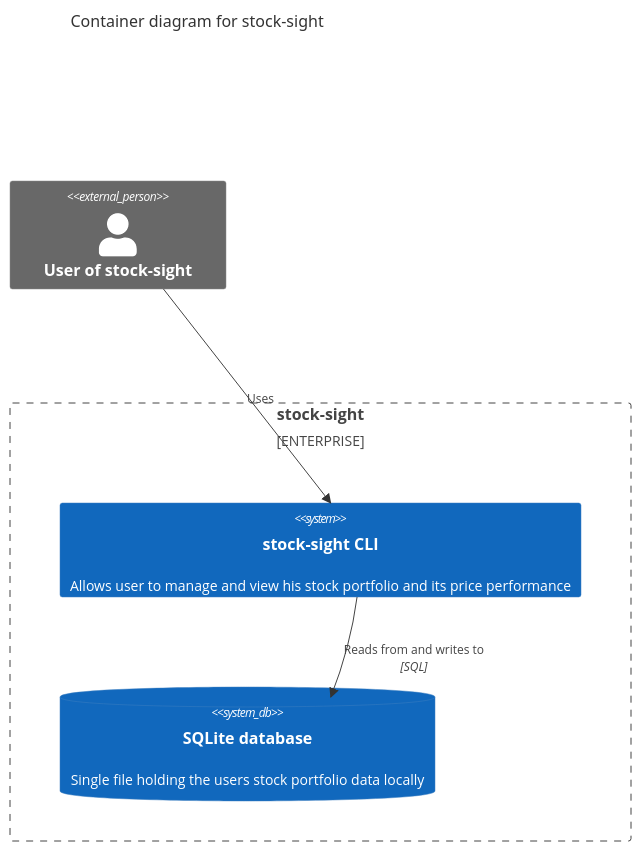
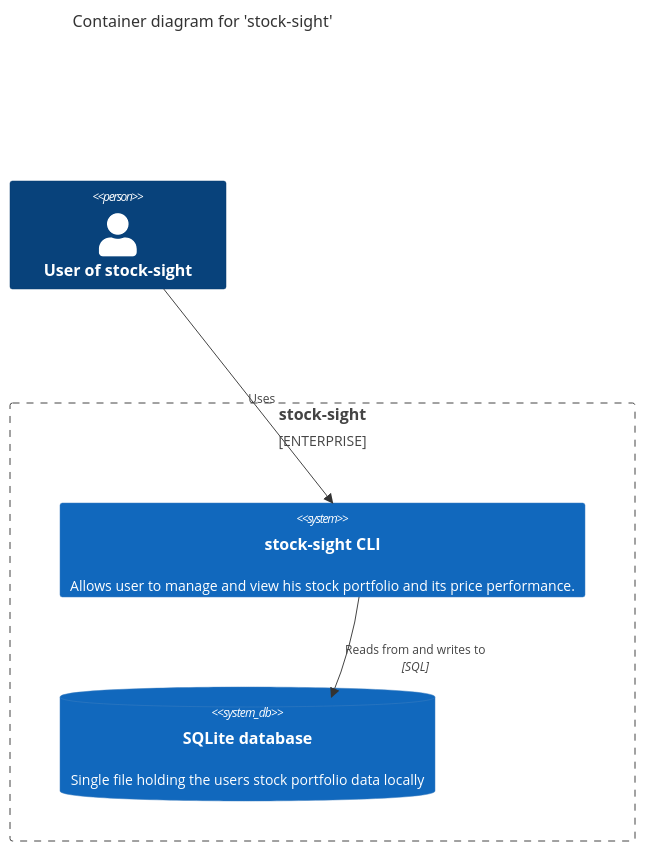
Before and after one commit to ruegerj/stock-sight: the second of 2 diagrams in docs/diagrams/c4.md, drawn with Mermaid. The commit also changed other lines of this file, not shown here.

Commit message:
docs: add c4 context diagram

````diff
--- a/docs/diagrams/c4.md
+++ b/docs/diagrams/c4.md
@@ -9,17 +20,16 @@
 ```mermaid
 C4Container
-title Container diagram for stock-sight
+title Container diagram for 'stock-sight'
 
-Person_Ext(customerA, "User of stock-sight")
+Person(customerA, "User of stock-sight")
 
 Enterprise_Boundary(b0, "stock-sight") {
-  System(systemA, "stock-sight CLI", "Allows user to manage and view his stock portfolio and its price performance")
+  System(systemA, "stock-sight CLI", "Allows user to manage and view his stock portfolio and its price performance.")
   SystemDb(dbA, "SQLite database", "Single file holding the users stock portfolio data locally")
 }
 
 Rel(customerA, systemA, "Uses")
 Rel(systemA, dbA, "Reads from and writes to", "SQL")
 
 UpdateLayoutConfig($c4ShapeInRow="1", $c4BoundaryInRow="1")
-    
 ```
````
